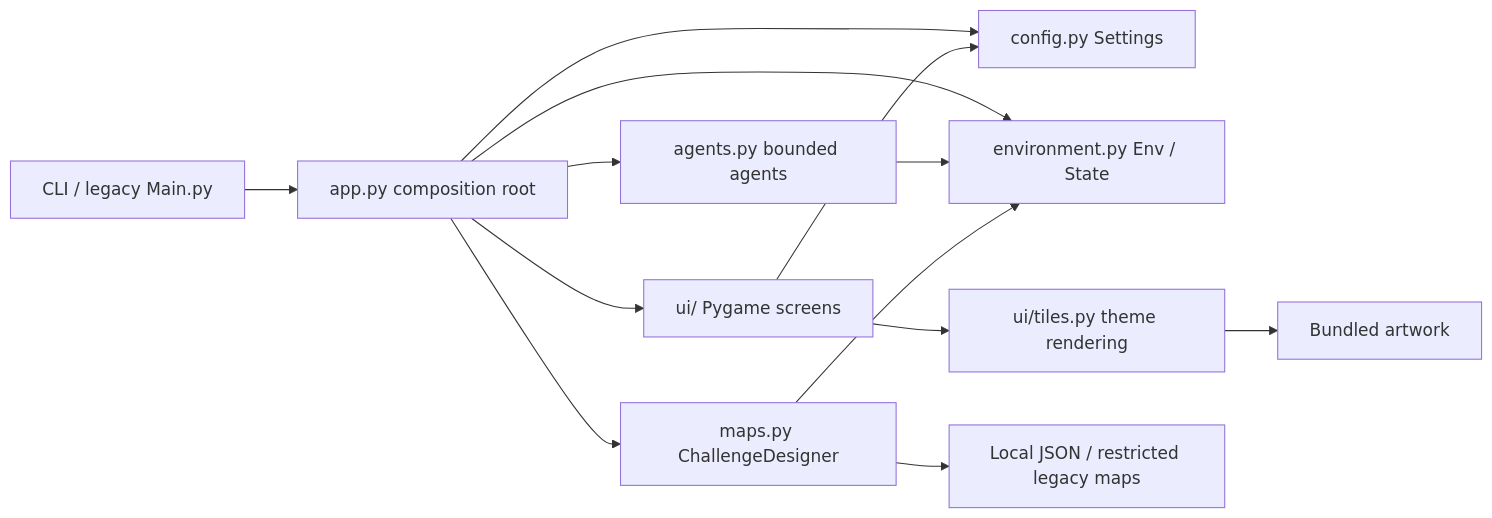
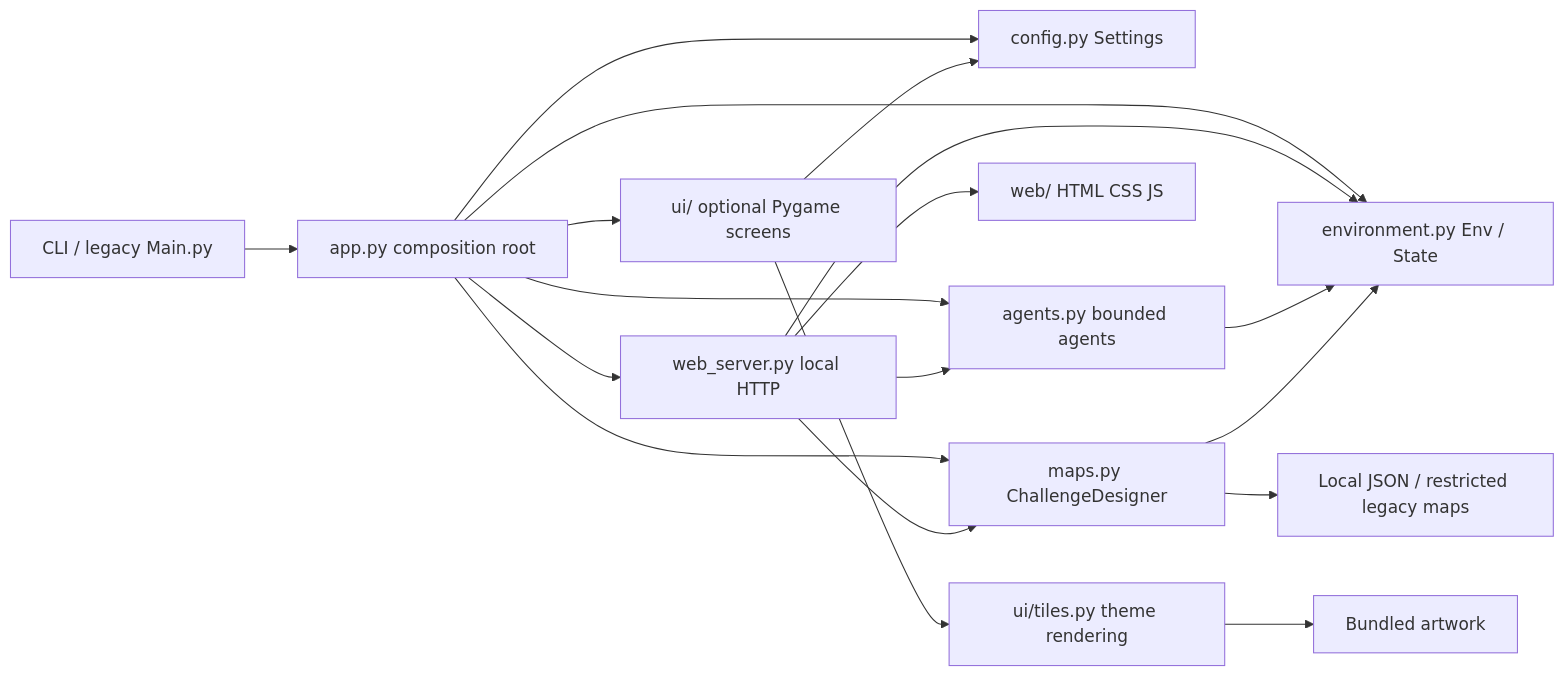
Before and after one commit to Roobahist/PathFindingEmulator: the diagram in docs/architecture.md, drawn with Mermaid. The commit also changed other lines of this file and 26 other files, not shown here.

````diff
--- a/docs/architecture.md
+++ b/docs/architecture.md
@@ -7,15 +7,20 @@
 ```mermaid
 flowchart LR
     CLI[CLI / legacy Main.py] --> APP[app.py composition root]
     APP --> CONFIG[config.py Settings]
     APP --> MAPS[maps.py ChallengeDesigner]
     APP --> AGENTS[agents.py bounded agents]
     APP --> ENV[environment.py Env / State]
-    APP --> UI[ui/ Pygame screens]
+    APP --> WEB[web_server.py local HTTP]
+    WEB --> FRONT[web/ HTML CSS JS]
+    WEB --> ENV
+    WEB --> AGENTS
+    WEB --> MAPS
+    APP --> UI[ui/ optional Pygame screens]
     AGENTS --> ENV
     MAPS --> ENV
     UI --> TILES[ui/tiles.py theme rendering]
     TILES --> ASSETS[Bundled artwork]
     MAPS --> FILES[Local JSON / restricted legacy maps]
     UI --> CONFIG
 ```
````
